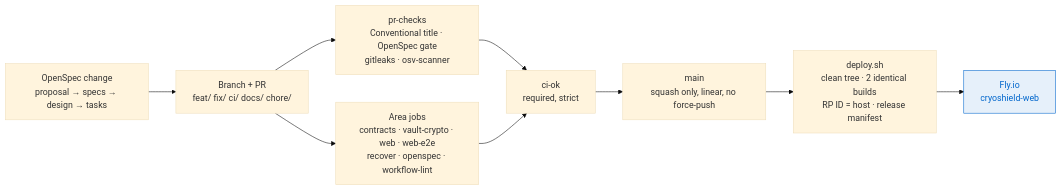
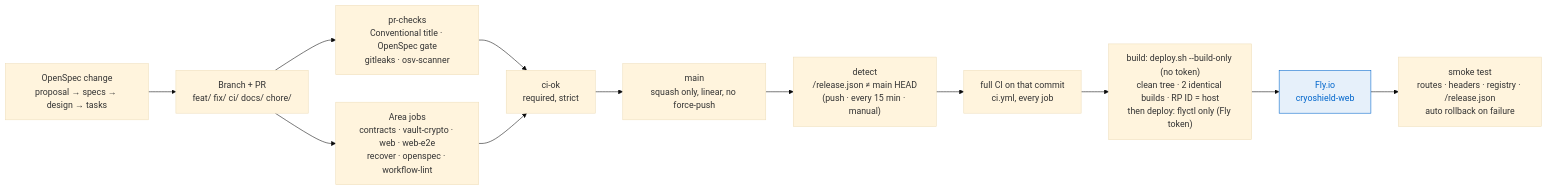
Before and after one commit to prix0007/cryoshield: the fifth of 5 diagrams in docs/system-design.md, drawn with Mermaid (base theme). The commit also changed other lines of this file and 31 other files, not shown here.

````diff
--- a/docs/system-design.md
+++ b/docs/system-design.md
@@ -144,19 +144,22 @@
 ```mermaid
 flowchart LR
   spec["OpenSpec change<br/>proposal → specs → design → tasks"]
   pr["Branch + PR<br/>feat/ fix/ ci/ docs/ chore/"]
   checks["pr-checks<br/>Conventional title · OpenSpec gate<br/>gitleaks · osv-scanner"]
   jobs["Area jobs<br/>contracts · vault-crypto · web · web-e2e<br/>recover · openspec · workflow-lint"]
   ok["ci-ok<br/>required, strict"]
   main["main<br/>squash only, linear, no force-push"]
-  deploy["deploy.sh<br/>clean tree · 2 identical builds<br/>RP ID = host · release manifest"]
+  detect["detect<br/>/release.json ≠ main HEAD<br/>(push · every 15 min · manual)"]
+  full["full CI on that commit<br/>ci.yml, every job"]
+  deploy["build: deploy.sh --build-only (no token)<br/>clean tree · 2 identical builds · RP ID = host<br/>then deploy: flyctl only (Fly token)"]
   fly["Fly.io<br/>cryoshield-web"]
+  smoke["smoke test<br/>routes · headers · registry · /release.json<br/>auto rollback on failure"]
 
   spec --> pr
   pr --> checks --> ok
   pr --> jobs --> ok
-  ok --> main --> deploy --> fly
+  ok --> main --> detect --> full --> deploy --> fly --> smoke
 
   classDef ours fill:#e6f0fa,stroke:#0066cc,color:#0066cc;
   class fly ours;
 ```
````
